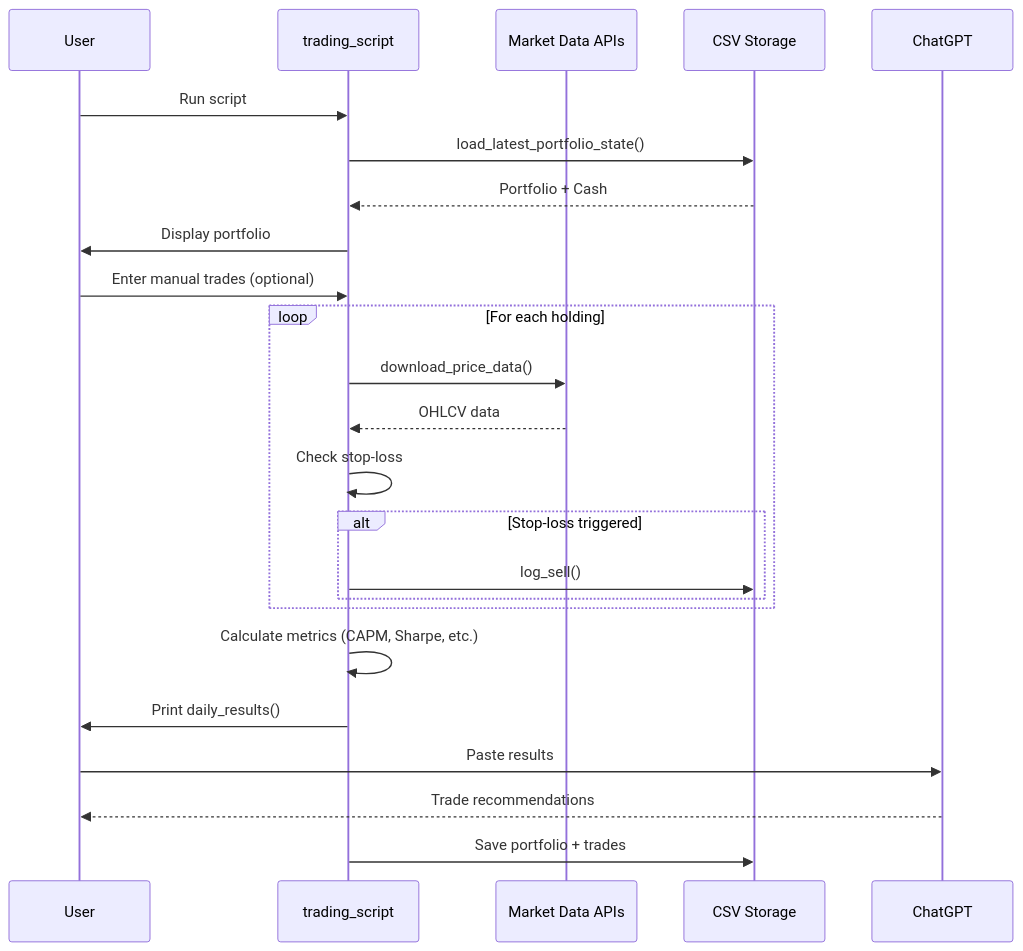
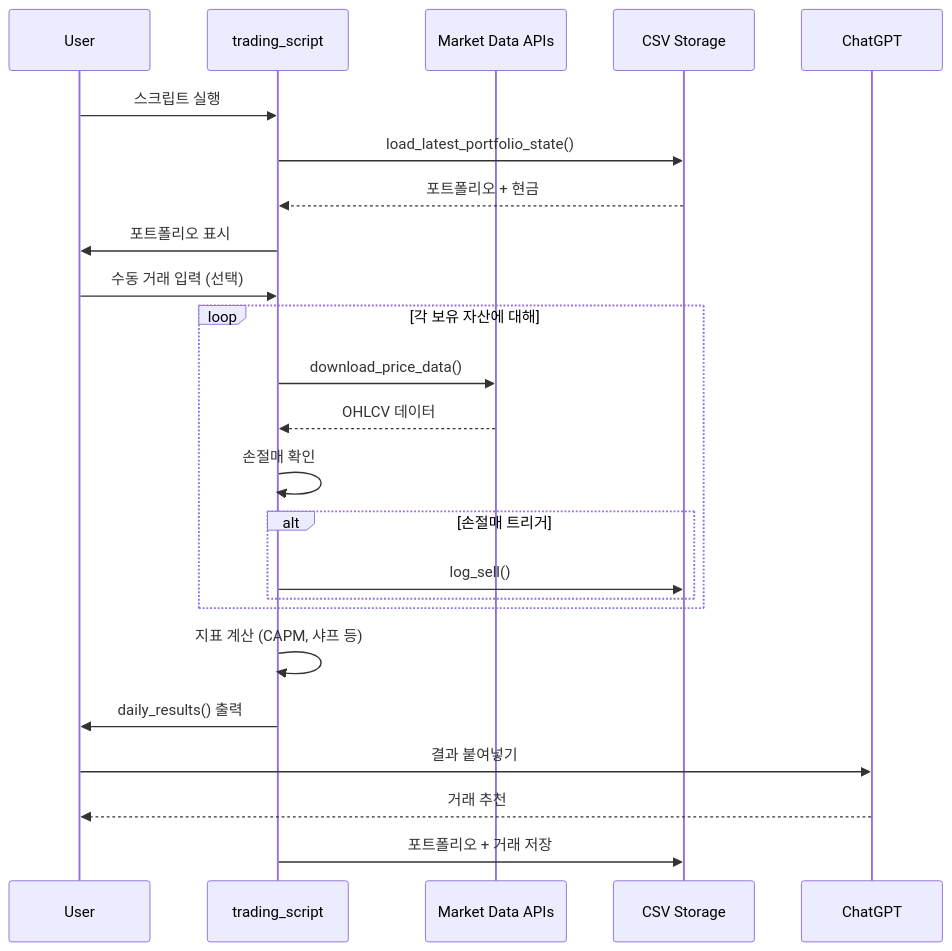
The fifth of 10 diagrams in report/ChatGPT-Micro-Cap-Experiment/report-claude-sonnet.md (gyuha/investment-open-source-analysis), drawn with Mermaid before and after one commit. The commit also changed other lines of this file and 1 other file, not shown here.

Commit message:
Change graph orientation from TD to LR in report-claude-sonnet.md for improved readability of module dependencies

````diff
--- a/report/ChatGPT-Micro-Cap-Experiment/report-claude-sonnet.md
+++ b/report/ChatGPT-Micro-Cap-Experiment/report-claude-sonnet.md
@@ -316,31 +316,31 @@
 ```mermaid
 sequenceDiagram
     participant User
     participant trading_script
     participant Market Data APIs
     participant CSV Storage
     participant ChatGPT
 
-    User->>trading_script: Run script
+    User->>trading_script: 스크립트 실행
     trading_script->>CSV Storage: load_latest_portfolio_state()
-    CSV Storage-->>trading_script: Portfolio + Cash
+    CSV Storage-->>trading_script: 포트폴리오 + 현금
 
-    trading_script->>User: Display portfolio
-    User->>trading_script: Enter manual trades (optional)
+    trading_script->>User: 포트폴리오 표시
+    User->>trading_script: 수동 거래 입력 (선택)
 
-    loop For each holding
+    loop 각 보유 자산에 대해
         trading_script->>Market Data APIs: download_price_data()
-        Market Data APIs-->>trading_script: OHLCV data
-        trading_script->>trading_script: Check stop-loss
-        alt Stop-loss triggered
+        Market Data APIs-->>trading_script: OHLCV 데이터
+        trading_script->>trading_script: 손절매 확인
+        alt 손절매 트리거
             trading_script->>CSV Storage: log_sell()
         end
     end
 
-    trading_script->>trading_script: Calculate metrics (CAPM, Sharpe, etc.)
-    trading_script->>User: Print daily_results()
-    User->>ChatGPT: Paste results
-    ChatGPT-->>User: Trade recommendations
+    trading_script->>trading_script: 지표 계산 (CAPM, 샤프 등)
+    trading_script->>User: daily_results() 출력
+    User->>ChatGPT: 결과 붙여넣기
+    ChatGPT-->>User: 거래 추천
 
-    trading_script->>CSV Storage: Save portfolio + trades
+    trading_script->>CSV Storage: 포트폴리오 + 거래 저장
 ```
````
